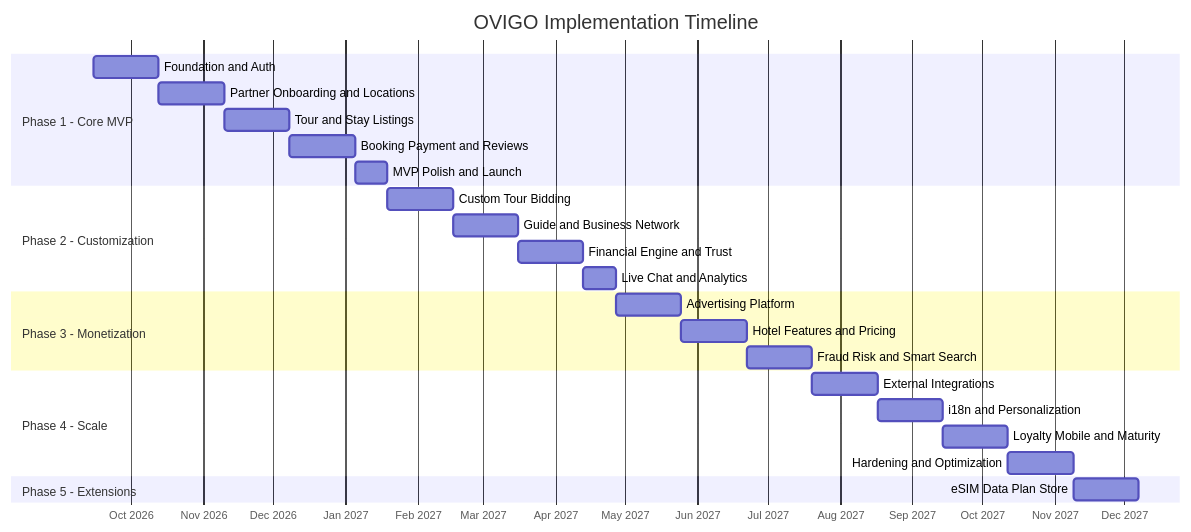
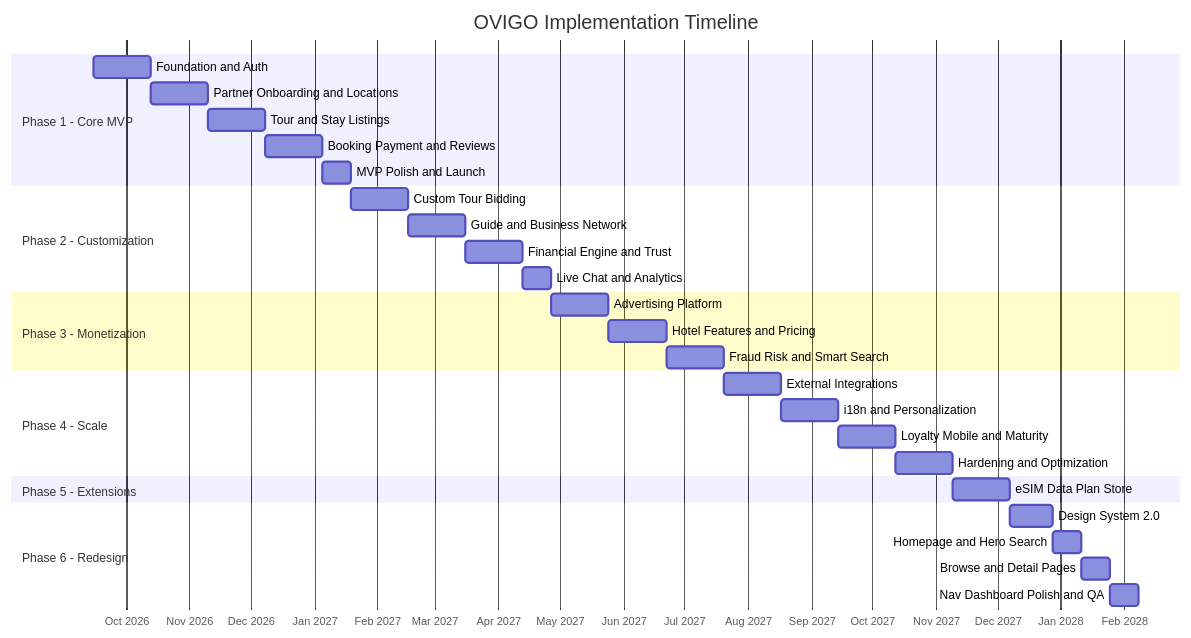
One commit to salman1237/Ovigo changed the fifth of 5 diagrams in OVIGO_TECHNICAL_DOCUMENT.md. Above: the diagram before and after it, drawn with Mermaid. The commit also changed other lines of this file and 1 other file, not shown here.

First line of the commit message:
docs: spec Phase 6 UI/UX redesign from client feedback + competitor research

````diff
--- a/OVIGO_TECHNICAL_DOCUMENT.md
+++ b/OVIGO_TECHNICAL_DOCUMENT.md
@@ -1411,33 +1477,39 @@
 ```mermaid
 gantt
     title OVIGO Implementation Timeline
     dateFormat  YYYY-MM-DD
     axisFormat  %b %Y
 
     section Phase 1 - Core MVP
     Foundation and Auth              :p1s1, 2026-09-15, 4w
     Partner Onboarding and Locations :p1s2, after p1s1, 4w
     Tour and Stay Listings           :p1s3, after p1s2, 4w
     Booking Payment and Reviews      :p1s4, after p1s3, 4w
     MVP Polish and Launch            :p1s5, after p1s4, 2w
 
     section Phase 2 - Customization
     Custom Tour Bidding              :p2s1, after p1s5, 4w
     Guide and Business Network       :p2s2, after p2s1, 4w
     Financial Engine and Trust       :p2s3, after p2s2, 4w
     Live Chat and Analytics          :p2s4, after p2s3, 2w
 
     section Phase 3 - Monetization
     Advertising Platform             :p3s1, after p2s4, 4w
     Hotel Features and Pricing       :p3s2, after p3s1, 4w
     Fraud Risk and Smart Search      :p3s3, after p3s2, 4w
 
     section Phase 4 - Scale
     External Integrations            :p4s1, after p3s3, 4w
     i18n and Personalization         :p4s2, after p4s1, 4w
     Loyalty Mobile and Maturity      :p4s3, after p4s2, 4w
     Hardening and Optimization       :p4s4, after p4s3, 4w
 
     section Phase 5 - Extensions
     eSIM Data Plan Store             :p5s1, after p4s4, 4w
+
+    section Phase 6 - Redesign
+    Design System 2.0                :p6s1, after p5s1, 3w
+    Homepage and Hero Search          :p6s2, after p6s1, 2w
+    Browse and Detail Pages           :p6s3, after p6s2, 2w
+    Nav Dashboard Polish and QA       :p6s4, after p6s3, 2w
 ```
````
